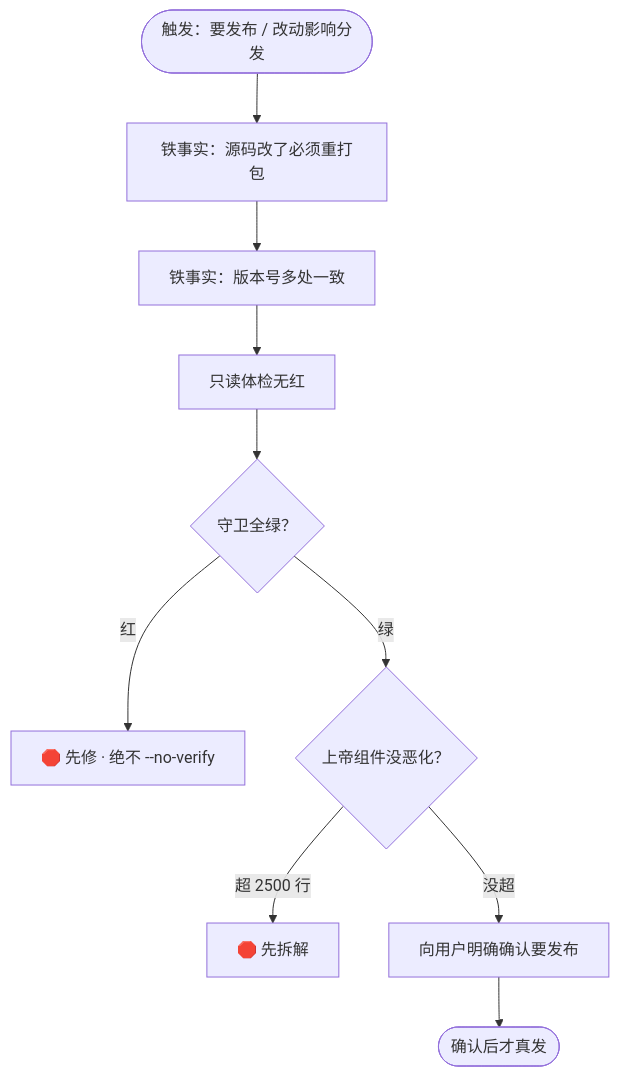
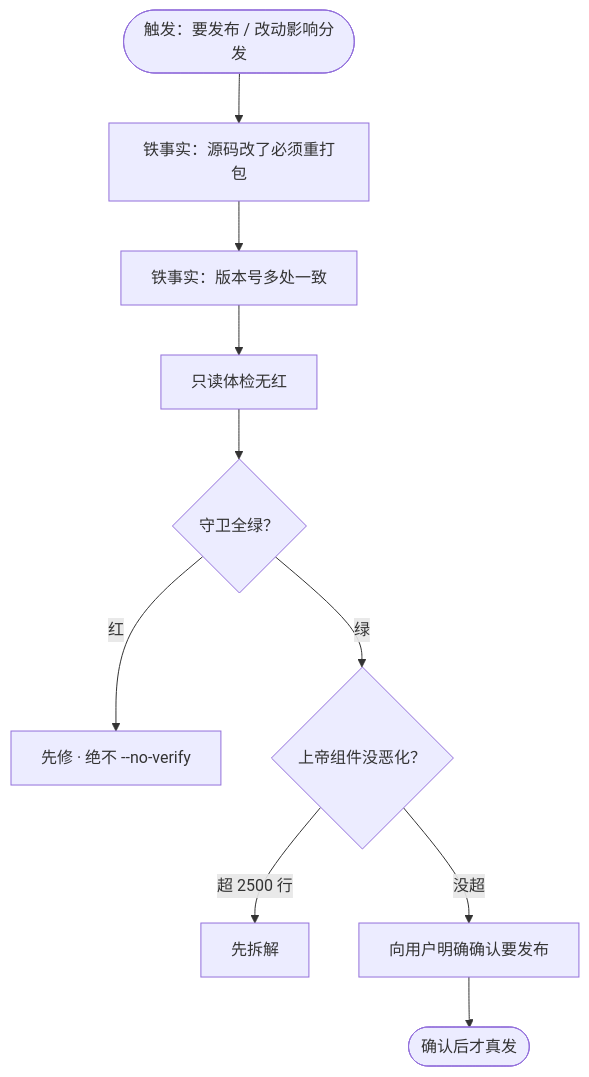
The third of 8 diagrams in docs/02_CONCEPTS_概念入门/CONCEPT/[CONCEPT-05] 什么是Skill-技能.md (luckykhy/KhyAiHub), drawn with Mermaid before and after one commit. The commit also changed other lines of this file and 19 other files, not shown here.

````diff
--- a/docs/02_CONCEPTS_概念入门/CONCEPT/[CONCEPT-05] 什么是Skill-技能.md
+++ b/docs/02_CONCEPTS_概念入门/CONCEPT/[CONCEPT-05] 什么是Skill-技能.md
@@ -143,12 +143,12 @@
 ```mermaid
 flowchart TB
   START([触发：要发布 / 改动影响分发]) --> F1[铁事实：源码改了必须重打包]
   F1 --> F2[铁事实：版本号多处一致]
   F2 --> C1[只读体检无红]
   C1 --> C2{守卫全绿？}
-  C2 -- 红 --> STOP1[🛑 先修 · 绝不 --no-verify]
+  C2 -- 红 --> STOP1[先修 · 绝不 --no-verify]
   C2 -- 绿 --> C3{上帝组件没恶化？}
-  C3 -- 超 2500 行 --> STOP2[🛑 先拆解]
+  C3 -- 超 2500 行 --> STOP2[先拆解]
   C3 -- 没超 --> C4[向用户明确确认要发布]
   C4 --> OK([确认后才真发])
 ```
````
